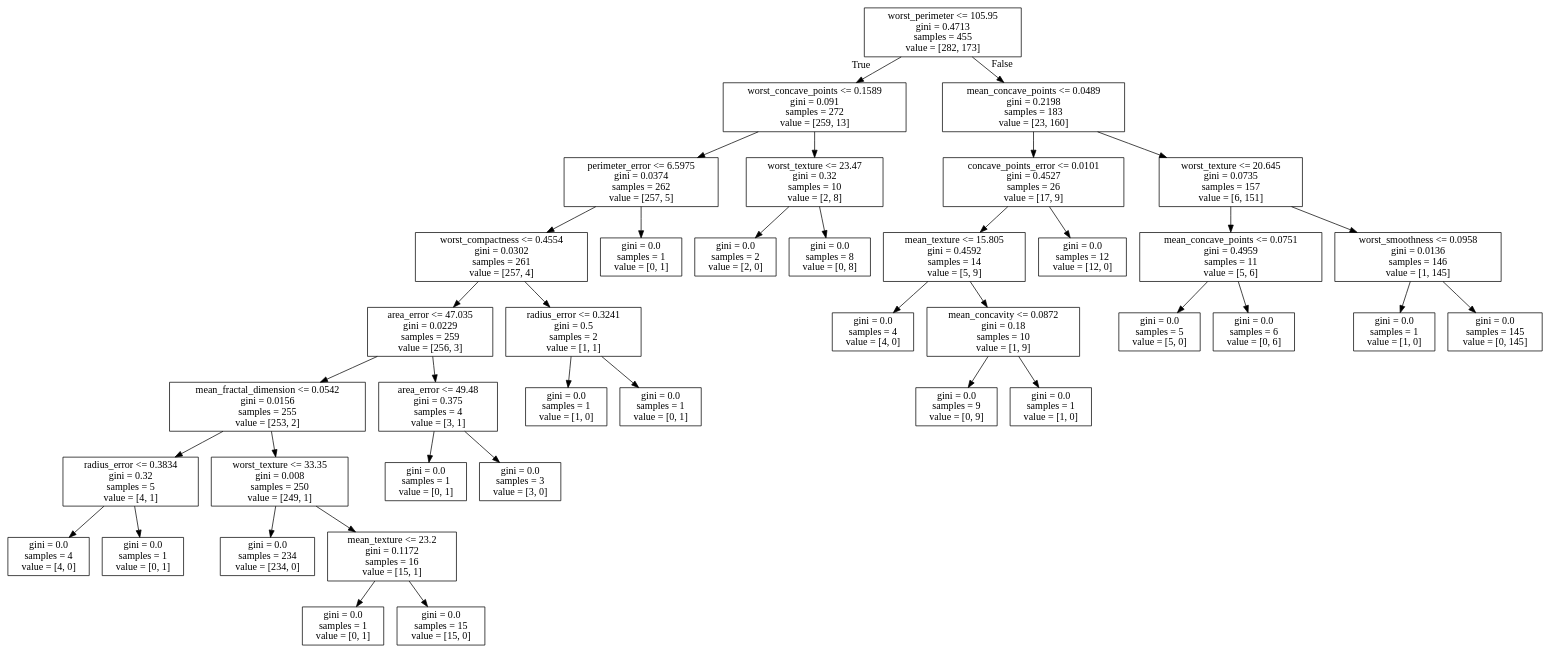
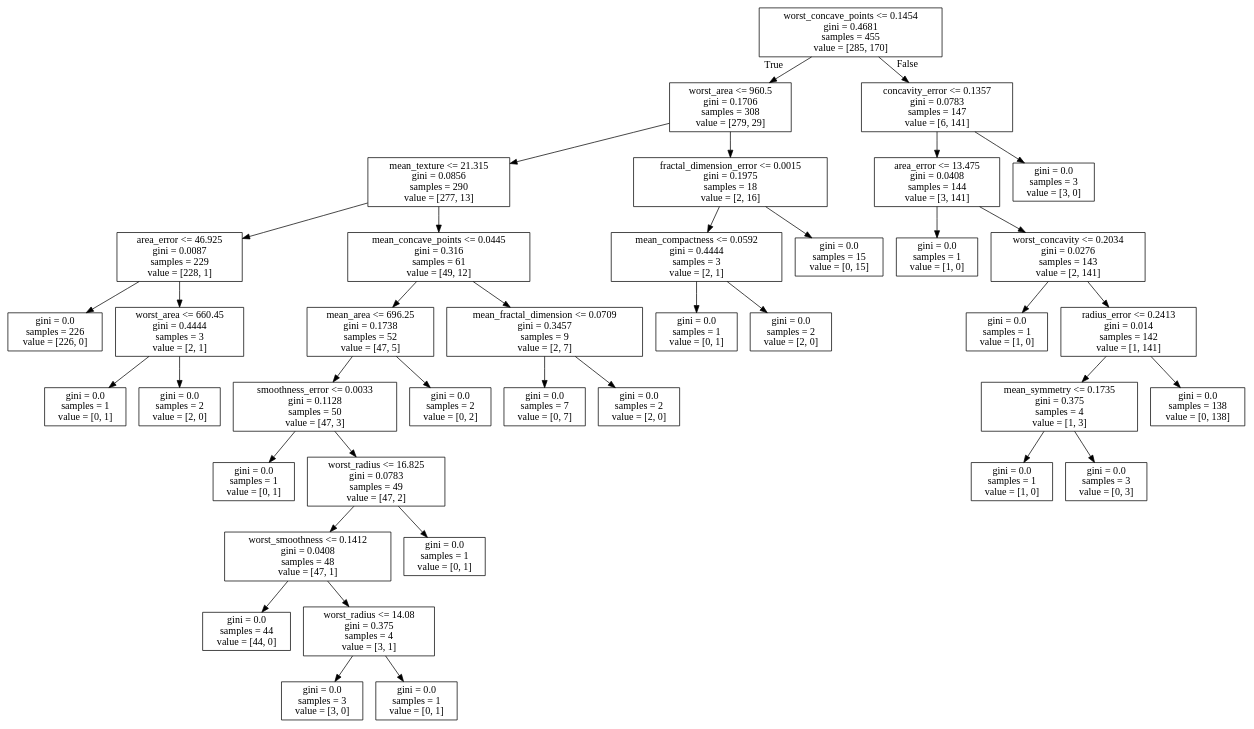
One commit to filga/ML_Sandbox changed the diagram in Breast-Cancer/tree_train.dot. Above: the diagram before and after it, drawn with Graphviz. The commit also changed 2 other files, not shown here.

```diff
--- a/Breast-Cancer/tree_train.dot
+++ b/Breast-Cancer/tree_train.dot
@@ -1,80 +1,80 @@
 digraph Tree {
 node [shape=box] ;
-0 [label="worst_perimeter <= 105.95\ngini = 0.4713\nsamples = 455\nvalue = [282, 173]"] ;
-1 [label="worst_concave_points <= 0.1589\ngini = 0.091\nsamples = 272\nvalue = [259, 13]"] ;
+0 [label="worst_concave_points <= 0.1454\ngini = 0.4681\nsamples = 455\nvalue = [285, 170]"] ;
+1 [label="worst_area <= 960.5\ngini = 0.1706\nsamples = 308\nvalue = [279, 29]"] ;
 0 -> 1 [labeldistance=2.5, labelangle=45, headlabel="True"] ;
-2 [label="perimeter_error <= 6.5975\ngini = 0.0374\nsamples = 262\nvalue = [257, 5]"] ;
+2 [label="mean_texture <= 21.315\ngini = 0.0856\nsamples = 290\nvalue = [277, 13]"] ;
 1 -> 2 ;
-3 [label="worst_compactness <= 0.4554\ngini = 0.0302\nsamples = 261\nvalue = [257, 4]"] ;
+3 [label="area_error <= 46.925\ngini = 0.0087\nsamples = 229\nvalue = [228, 1]"] ;
 2 -> 3 ;
-4 [label="area_error <= 47.035\ngini = 0.0229\nsamples = 259\nvalue = [256, 3]"] ;
+4 [label="gini = 0.0\nsamples = 226\nvalue = [226, 0]"] ;
 3 -> 4 ;
-5 [label="mean_fractal_dimension <= 0.0542\ngini = 0.0156\nsamples = 255\nvalue = [253, 2]"] ;
-4 -> 5 ;
-6 [label="radius_error <= 0.3834\ngini = 0.32\nsamples = 5\nvalue = [4, 1]"] ;
+5 [label="worst_area <= 660.45\ngini = 0.4444\nsamples = 3\nvalue = [2, 1]"] ;
+3 -> 5 ;
+6 [label="gini = 0.0\nsamples = 1\nvalue = [0, 1]"] ;
 5 -> 6 ;
-7 [label="gini = 0.0\nsamples = 4\nvalue = [4, 0]"] ;
-6 -> 7 ;
-8 [label="gini = 0.0\nsamples = 1\nvalue = [0, 1]"] ;
-6 -> 8 ;
-9 [label="worst_texture <= 33.35\ngini = 0.008\nsamples = 250\nvalue = [249, 1]"] ;
-5 -> 9 ;
-10 [label="gini = 0.0\nsamples = 234\nvalue = [234, 0]"] ;
+7 [label="gini = 0.0\nsamples = 2\nvalue = [2, 0]"] ;
+5 -> 7 ;
+8 [label="mean_concave_points <= 0.0445\ngini = 0.316\nsamples = 61\nvalue = [49, 12]"] ;
+2 -> 8 ;
+9 [label="mean_area <= 696.25\ngini = 0.1738\nsamples = 52\nvalue = [47, 5]"] ;
+8 -> 9 ;
+10 [label="smoothness_error <= 0.0033\ngini = 0.1128\nsamples = 50\nvalue = [47, 3]"] ;
 9 -> 10 ;
-11 [label="mean_texture <= 23.2\ngini = 0.1172\nsamples = 16\nvalue = [15, 1]"] ;
-9 -> 11 ;
-12 [label="gini = 0.0\nsamples = 1\nvalue = [0, 1]"] ;
-11 -> 12 ;
-13 [label="gini = 0.0\nsamples = 15\nvalue = [15, 0]"] ;
-11 -> 13 ;
-14 [label="area_error <= 49.48\ngini = 0.375\nsamples = 4\nvalue = [3, 1]"] ;
-4 -> 14 ;
-15 [label="gini = 0.0\nsamples = 1\nvalue = [0, 1]"] ;
-14 -> 15 ;
+11 [label="gini = 0.0\nsamples = 1\nvalue = [0, 1]"] ;
+10 -> 11 ;
+12 [label="worst_radius <= 16.825\ngini = 0.0783\nsamples = 49\nvalue = [47, 2]"] ;
+10 -> 12 ;
+13 [label="worst_smoothness <= 0.1412\ngini = 0.0408\nsamples = 48\nvalue = [47, 1]"] ;
+12 -> 13 ;
+14 [label="gini = 0.0\nsamples = 44\nvalue = [44, 0]"] ;
+13 -> 14 ;
+15 [label="worst_radius <= 14.08\ngini = 0.375\nsamples = 4\nvalue = [3, 1]"] ;
+13 -> 15 ;
 16 [label="gini = 0.0\nsamples = 3\nvalue = [3, 0]"] ;
-14 -> 16 ;
-17 [label="radius_error <= 0.3241\ngini = 0.5\nsamples = 2\nvalue = [1, 1]"] ;
-3 -> 17 ;
-18 [label="gini = 0.0\nsamples = 1\nvalue = [1, 0]"] ;
-17 -> 18 ;
-19 [label="gini = 0.0\nsamples = 1\nvalue = [0, 1]"] ;
-17 -> 19 ;
-20 [label="gini = 0.0\nsamples = 1\nvalue = [0, 1]"] ;
-2 -> 20 ;
-21 [label="worst_texture <= 23.47\ngini = 0.32\nsamples = 10\nvalue = [2, 8]"] ;
-1 -> 21 ;
+15 -> 16 ;
+17 [label="gini = 0.0\nsamples = 1\nvalue = [0, 1]"] ;
+15 -> 17 ;
+18 [label="gini = 0.0\nsamples = 1\nvalue = [0, 1]"] ;
+12 -> 18 ;
+19 [label="gini = 0.0\nsamples = 2\nvalue = [0, 2]"] ;
+9 -> 19 ;
+20 [label="mean_fractal_dimension <= 0.0709\ngini = 0.3457\nsamples = 9\nvalue = [2, 7]"] ;
+8 -> 20 ;
+21 [label="gini = 0.0\nsamples = 7\nvalue = [0, 7]"] ;
+20 -> 21 ;
 22 [label="gini = 0.0\nsamples = 2\nvalue = [2, 0]"] ;
-21 -> 22 ;
-23 [label="gini = 0.0\nsamples = 8\nvalue = [0, 8]"] ;
-21 -> 23 ;
-24 [label="mean_concave_points <= 0.0489\ngini = 0.2198\nsamples = 183\nvalue = [23, 160]"] ;
-0 -> 24 [labeldistance=2.5, labelangle=-45, headlabel="False"] ;
-25 [label="concave_points_error <= 0.0101\ngini = 0.4527\nsamples = 26\nvalue = [17, 9]"] ;
+20 -> 22 ;
+23 [label="fractal_dimension_error <= 0.0015\ngini = 0.1975\nsamples = 18\nvalue = [2, 16]"] ;
+1 -> 23 ;
+24 [label="mean_compactness <= 0.0592\ngini = 0.4444\nsamples = 3\nvalue = [2, 1]"] ;
+23 -> 24 ;
+25 [label="gini = 0.0\nsamples = 1\nvalue = [0, 1]"] ;
 24 -> 25 ;
-26 [label="mean_texture <= 15.805\ngini = 0.4592\nsamples = 14\nvalue = [5, 9]"] ;
-25 -> 26 ;
-27 [label="gini = 0.0\nsamples = 4\nvalue = [4, 0]"] ;
-26 -> 27 ;
-28 [label="mean_concavity <= 0.0872\ngini = 0.18\nsamples = 10\nvalue = [1, 9]"] ;
-26 -> 28 ;
-29 [label="gini = 0.0\nsamples = 9\nvalue = [0, 9]"] ;
+26 [label="gini = 0.0\nsamples = 2\nvalue = [2, 0]"] ;
+24 -> 26 ;
+27 [label="gini = 0.0\nsamples = 15\nvalue = [0, 15]"] ;
+23 -> 27 ;
+28 [label="concavity_error <= 0.1357\ngini = 0.0783\nsamples = 147\nvalue = [6, 141]"] ;
+0 -> 28 [labeldistance=2.5, labelangle=-45, headlabel="False"] ;
+29 [label="area_error <= 13.475\ngini = 0.0408\nsamples = 144\nvalue = [3, 141]"] ;
 28 -> 29 ;
 30 [label="gini = 0.0\nsamples = 1\nvalue = [1, 0]"] ;
-28 -> 30 ;
-31 [label="gini = 0.0\nsamples = 12\nvalue = [12, 0]"] ;
-25 -> 31 ;
-32 [label="worst_texture <= 20.645\ngini = 0.0735\nsamples = 157\nvalue = [6, 151]"] ;
-24 -> 32 ;
-33 [label="mean_concave_points <= 0.0751\ngini = 0.4959\nsamples = 11\nvalue = [5, 6]"] ;
-32 -> 33 ;
-34 [label="gini = 0.0\nsamples = 5\nvalue = [5, 0]"] ;
+29 -> 30 ;
+31 [label="worst_concavity <= 0.2034\ngini = 0.0276\nsamples = 143\nvalue = [2, 141]"] ;
+29 -> 31 ;
+32 [label="gini = 0.0\nsamples = 1\nvalue = [1, 0]"] ;
+31 -> 32 ;
+33 [label="radius_error <= 0.2413\ngini = 0.014\nsamples = 142\nvalue = [1, 141]"] ;
+31 -> 33 ;
+34 [label="mean_symmetry <= 0.1735\ngini = 0.375\nsamples = 4\nvalue = [1, 3]"] ;
 33 -> 34 ;
-35 [label="gini = 0.0\nsamples = 6\nvalue = [0, 6]"] ;
-33 -> 35 ;
-36 [label="worst_smoothness <= 0.0958\ngini = 0.0136\nsamples = 146\nvalue = [1, 145]"] ;
-32 -> 36 ;
-37 [label="gini = 0.0\nsamples = 1\nvalue = [1, 0]"] ;
-36 -> 37 ;
-38 [label="gini = 0.0\nsamples = 145\nvalue = [0, 145]"] ;
-36 -> 38 ;
+35 [label="gini = 0.0\nsamples = 1\nvalue = [1, 0]"] ;
+34 -> 35 ;
+36 [label="gini = 0.0\nsamples = 3\nvalue = [0, 3]"] ;
+34 -> 36 ;
+37 [label="gini = 0.0\nsamples = 138\nvalue = [0, 138]"] ;
+33 -> 37 ;
+38 [label="gini = 0.0\nsamples = 3\nvalue = [3, 0]"] ;
+28 -> 38 ;
 }
```
